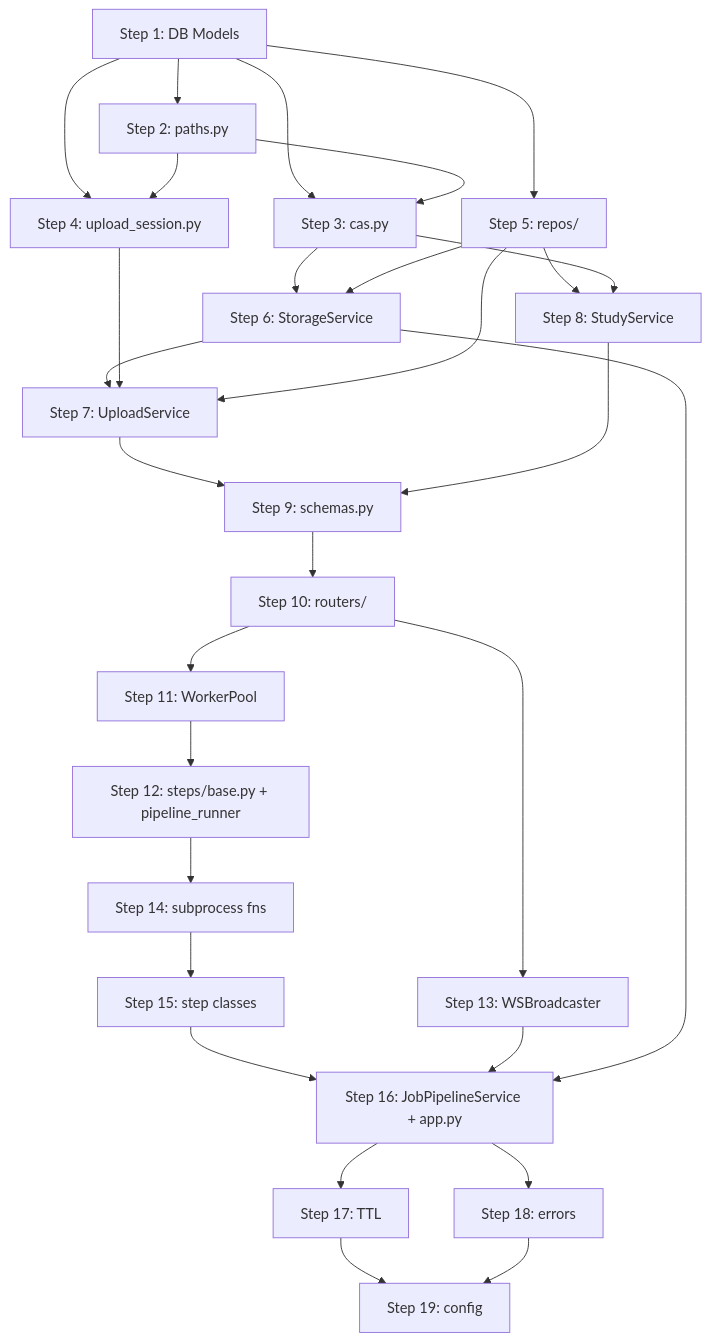
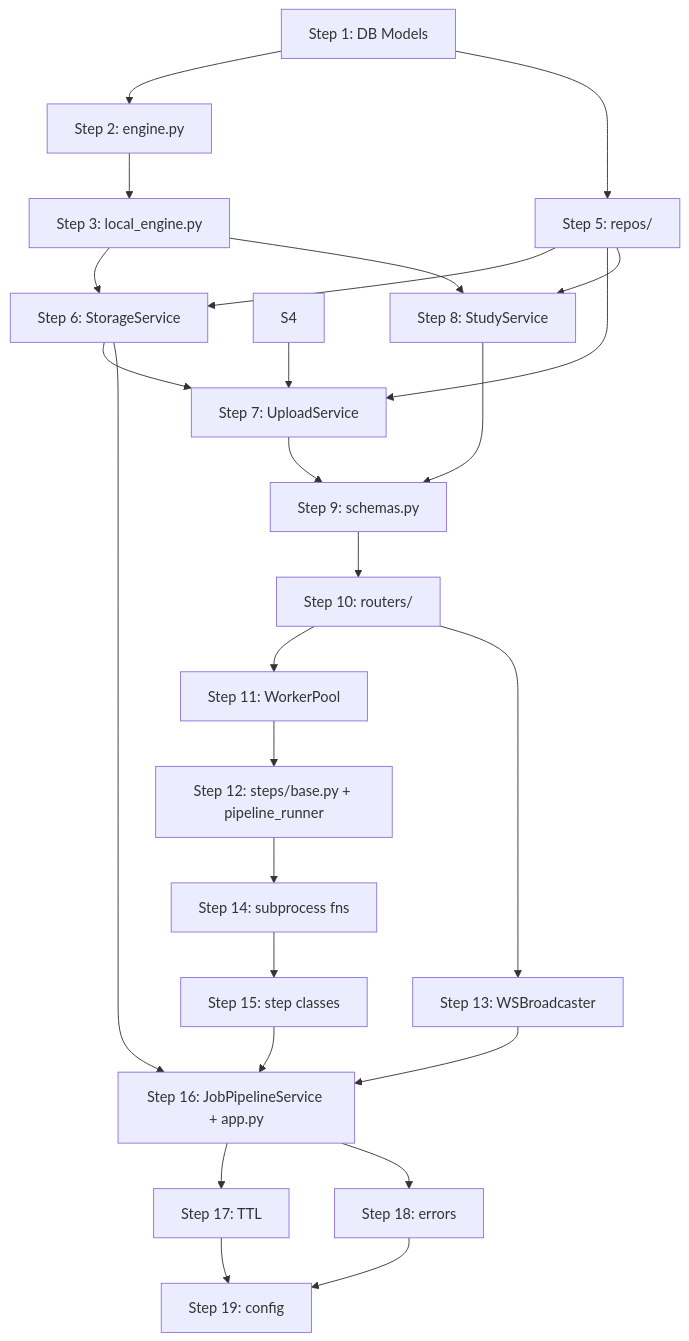
The diagram in plans/implementation_flow.md (pFornagiel/toothviz), drawn with Mermaid before and after one commit. The commit also changed other lines of this file and 2 other files, not shown here.

````diff
--- a/plans/implementation_flow.md
+++ b/plans/implementation_flow.md
@@ -480,31 +469,28 @@
 ```mermaid
 graph TD
-    S1[Step 1: DB Models] --> S2[Step 2: paths.py]
-    S1 --> S3[Step 3: cas.py]
-    S1 --> S4[Step 4: upload_session.py]
+    S1[Step 1: DB Models] --> S2[Step 2: engine.py]
+    S2 --> S3[Step 3: local_engine.py]
     S1 --> S5[Step 5: repos/]
-    S2 --> S3
-    S2 --> S4
     S3 --> S6[Step 6: StorageService]
     S5 --> S6
     S6 --> S7[Step 7: UploadService]
     S4 --> S7
     S5 --> S7
     S5 --> S8[Step 8: StudyService]
     S3 --> S8
     S7 --> S9[Step 9: schemas.py]
     S8 --> S9
     S9 --> S10[Step 10: routers/]
     S10 --> S11[Step 11: WorkerPool]
     S11 --> S12[Step 12: steps/base.py + pipeline_runner]
     S10 --> S13[Step 13: WSBroadcaster]
     S12 --> S14[Step 14: subprocess fns]
     S14 --> S15[Step 15: step classes]
     S15 --> S16[Step 16: JobPipelineService + app.py]
     S13 --> S16
     S6 --> S16
     S16 --> S17[Step 17: TTL]
     S16 --> S18[Step 18: errors]
     S17 --> S19[Step 19: config]
     S18 --> S19
 ```
````
